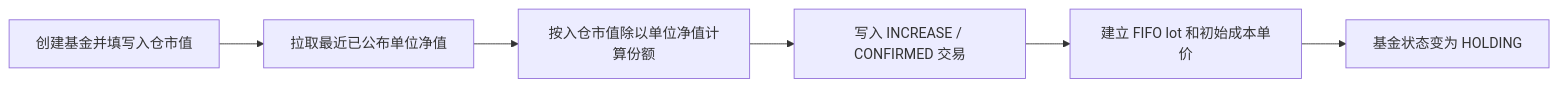
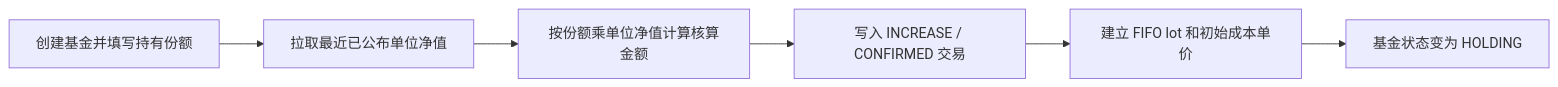
The second of 2 diagrams in docs/business/fund-and-position.md (coolmentha/fundpilot), drawn with Mermaid before and after one commit. The commit also changed other lines of this file and 17 other files, not shown here.

````diff
--- a/docs/business/fund-and-position.md
+++ b/docs/business/fund-and-position.md
@@ -55,8 +55,8 @@
 ```mermaid
 flowchart LR
-    A[创建基金并填写入仓市值] --> B[拉取最近已公布单位净值]
-    B --> C[按入仓市值除以单位净值计算份额]
+    A[创建基金并填写持有份额] --> B[拉取最近已公布单位净值]
+    B --> C[按份额乘单位净值计算核算金额]
     C --> D[写入 INCREASE / CONFIRMED 交易]
     D --> E[建立 FIFO lot 和初始成本单价]
     E --> F[基金状态变为 HOLDING]
 ```
````
